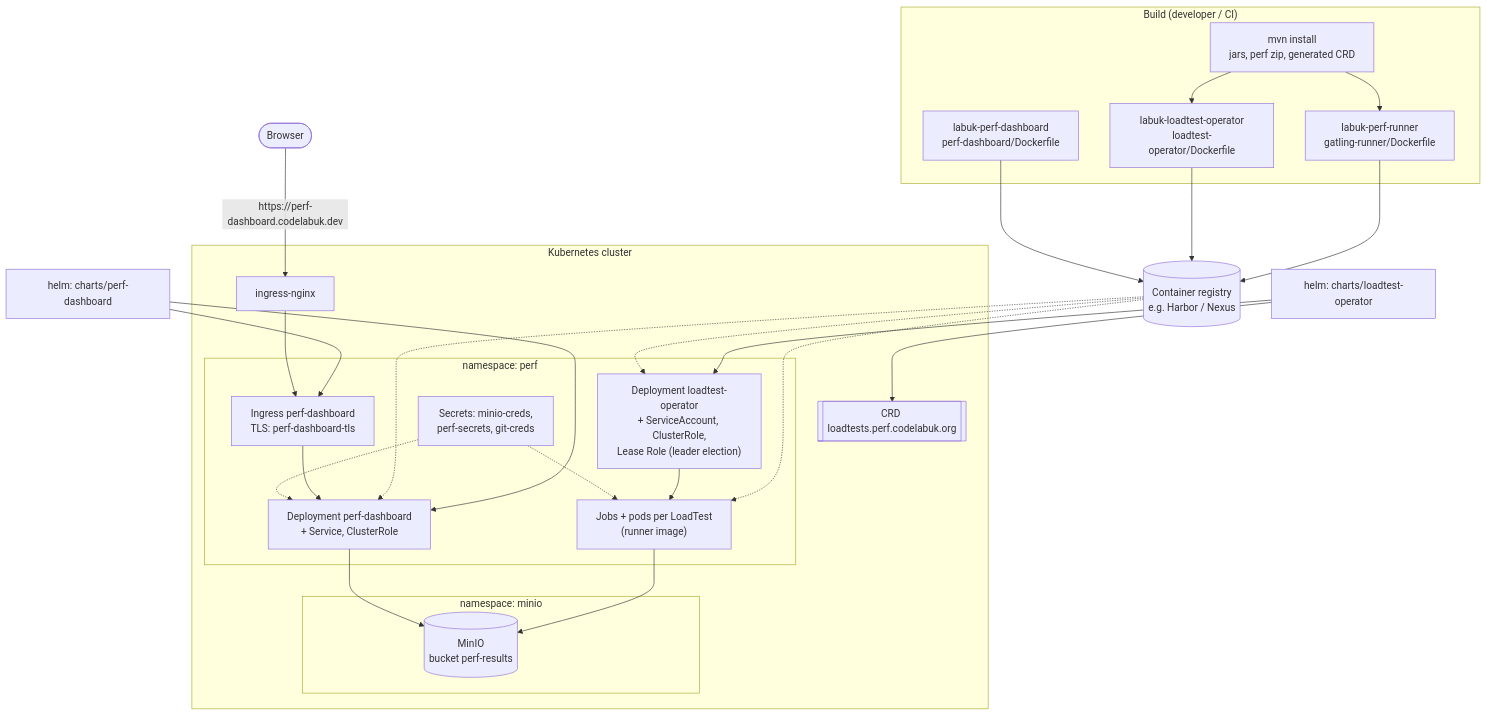
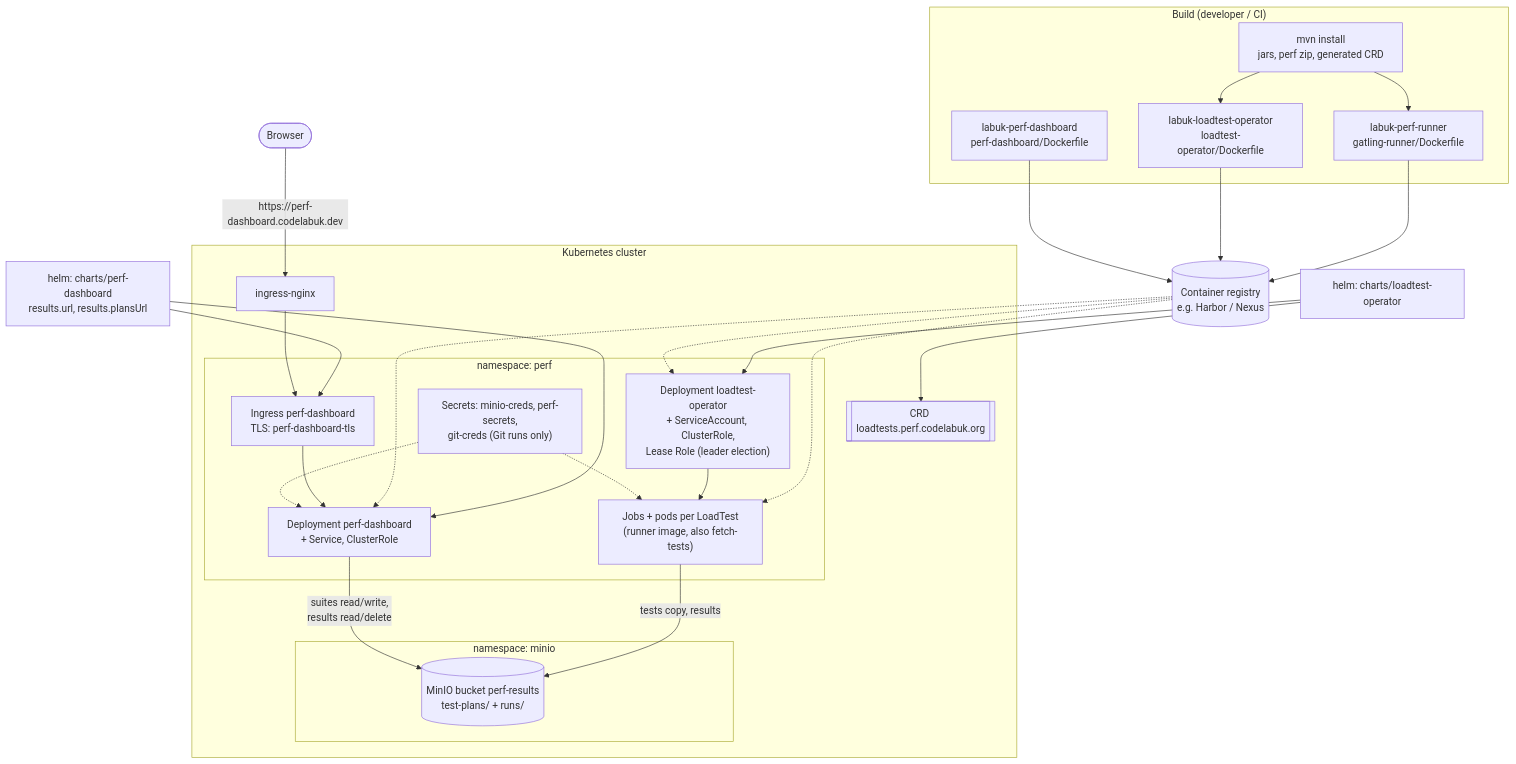
The sixth of 6 diagrams in docs/ARCHITECTURE.md (codelabuk/labuk-gatling), drawn with Mermaid before and after one commit. The commit also changed other lines of this file and 15 other files, not shown here.

````diff
--- a/docs/ARCHITECTURE.md
+++ b/docs/ARCHITECTURE.md
@@ -459,38 +503,38 @@
 ```mermaid
 %% 6. Deployment: images, charts, namespaces
 flowchart TB
     subgraph build["Build (developer / CI)"]
         mvn["mvn install<br/>jars, perf zip, generated CRD"]
         img_runner["labuk-perf-runner<br/>gatling-runner/Dockerfile"]
         img_op["labuk-loadtest-operator<br/>loadtest-operator/Dockerfile"]
         img_dash["labuk-perf-dashboard<br/>perf-dashboard/Dockerfile"]
         mvn --> img_runner & img_op
     end
     registry[("Container registry<br/>e.g. Harbor / Nexus")]
     img_runner & img_op & img_dash --> registry
 
     subgraph cluster["Kubernetes cluster"]
         crd[["CRD loadtests.perf.codelabuk.org"]]
         subgraph perfns["namespace: perf"]
             op["Deployment loadtest-operator<br/>+ ServiceAccount, ClusterRole,<br/>Lease Role (leader election)"]
             dash["Deployment perf-dashboard<br/>+ Service, ClusterRole"]
             ing["Ingress perf-dashboard<br/>TLS: perf-dashboard-tls"]
-            sec["Secrets: minio-creds,<br/>perf-secrets, git-creds"]
-            runs["Jobs + pods per LoadTest<br/>(runner image)"]
+            sec["Secrets: minio-creds, perf-secrets,<br/>git-creds (Git runs only)"]
+            runs["Jobs + pods per LoadTest<br/>(runner image, also fetch-tests)"]
         end
         subgraph miniofs["namespace: minio"]
-            minio[("MinIO<br/>bucket perf-results")]
+            minio[("MinIO bucket perf-results<br/>test-plans/ + runs/")]
         end
         ingressctl["ingress-nginx"]
     end
 
     helm_op["helm: charts/loadtest-operator"] --> op & crd
-    helm_dash["helm: charts/perf-dashboard"] --> dash & ing
+    helm_dash["helm: charts/perf-dashboard<br/>results.url, results.plansUrl"] --> dash & ing
     registry -.-> op & dash & runs
     ingressctl --> ing --> dash
     op --> runs
-    runs --> minio
-    dash --> minio
+    runs -->|"tests copy, results"| minio
+    dash -->|"suites read/write,<br/>results read/delete"| minio
     sec -.-> runs & dash
     browser(["Browser"]) -->|"https://perf-dashboard.codelabuk.dev"| ingressctl
 ```
````
